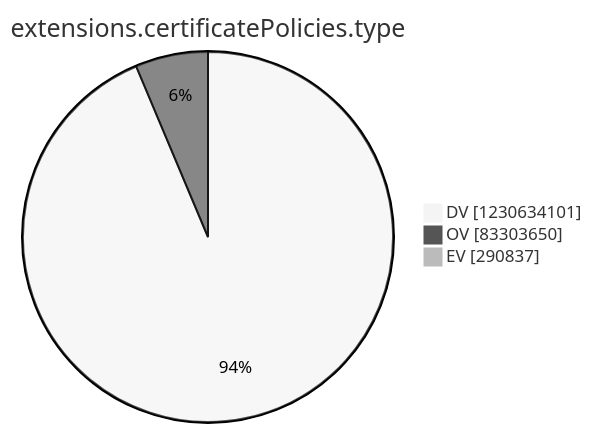
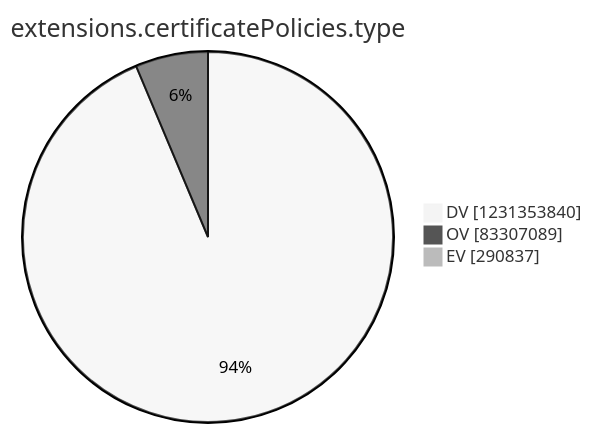
The tenth of 15 diagrams in argon2022/README.md (christiankrug/ctmonitor_visualization), drawn with Mermaid (neutral theme) before and after one commit. The commit also changed other lines of this file, not shown here.

````diff
--- a/argon2022/README.md
+++ b/argon2022/README.md
@@ -2770,7 +2770,7 @@
 ```mermaid
 pie showData
 title extensions.certificatePolicies.type
-"DV" :1230634101
-"OV" :83303650
+"DV" :1231353840
+"OV" :83307089
 "EV" :290837
 ```
````
